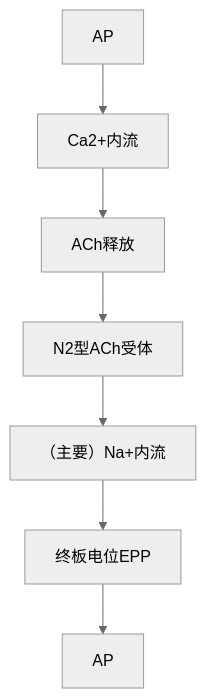
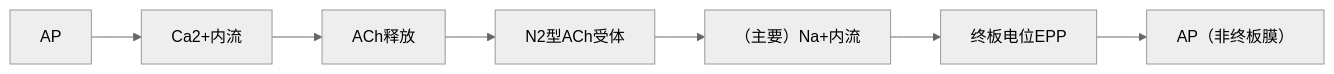
Before and after one commit to ChickenHu/notebook: the first of 2 diagrams in Physiology/基本功能.md, drawn with Mermaid (neutral theme). The commit also changed other lines of this file and 34 other files, not shown here.

````diff
--- a/Physiology/基本功能.md
+++ b/Physiology/基本功能.md
@@ -4,4 +127,4 @@
 ```mermaid
-flowchart
-A[AP]-->G["Ca2+内流"]-->B["ACh释放"]-->C["N2型ACh受体"]-->D["（主要）Na+内流"]-->E["终板电位EPP"]-->F[AP]
+flowchart LR
+A[AP]-->G["Ca2+内流"]-->B["ACh释放"]-->C["N2型ACh受体"]-->D["（主要）Na+内流"]-->E["终板电位EPP"]-->F[AP（非终板膜）]
 ```
````
